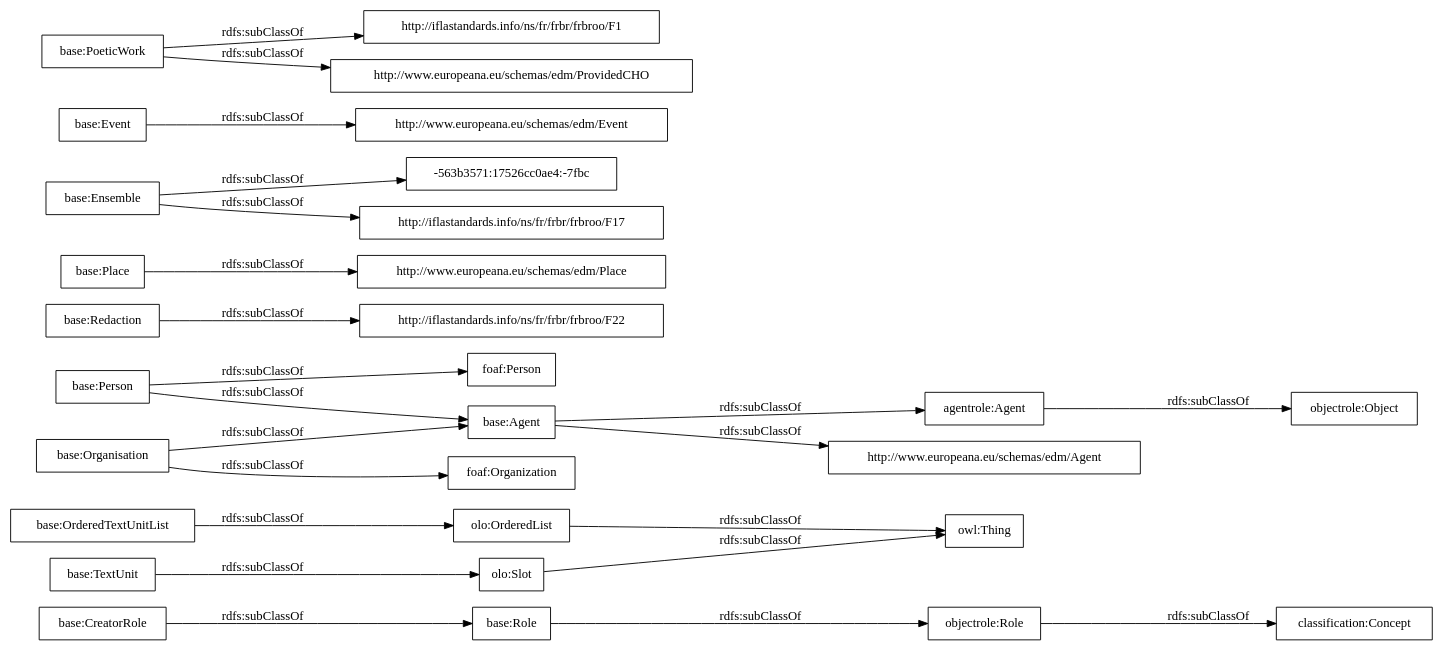
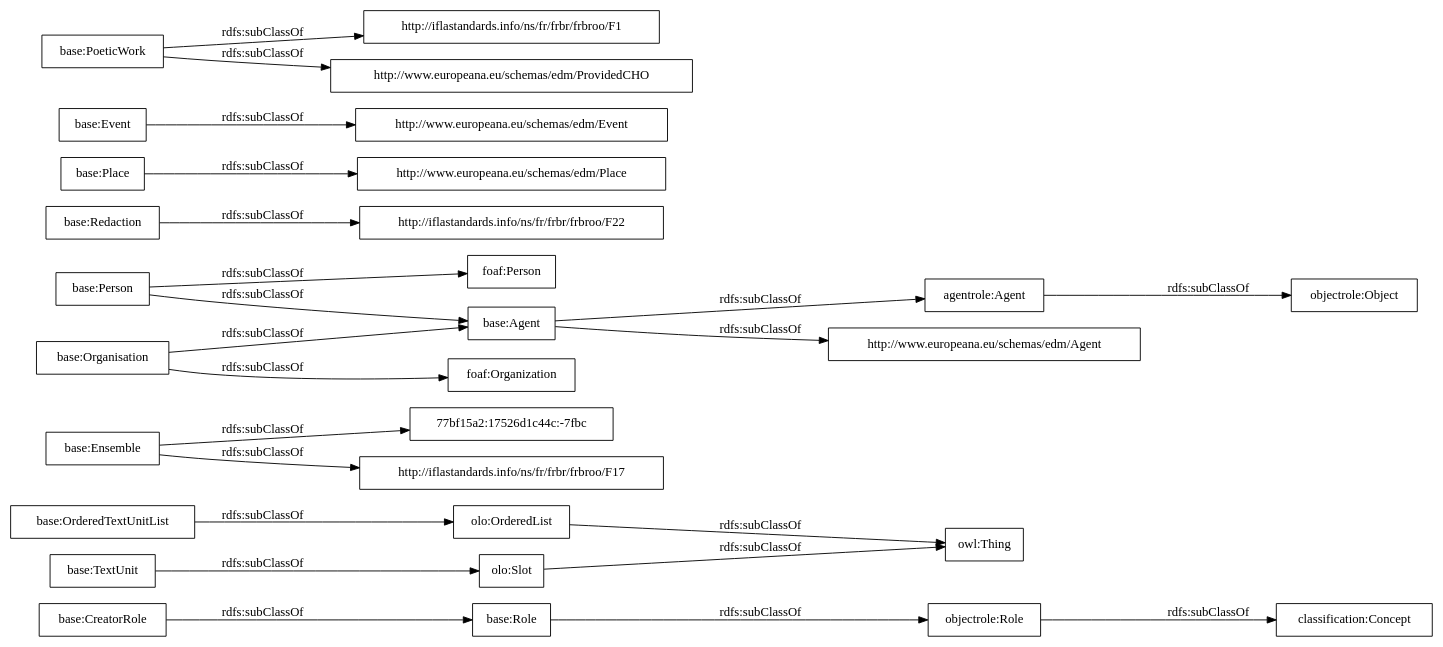
One commit to OnToologyUser/core-ontology-1 changed the diagram in OnToology/postdata-core.owl/diagrams/ar2dtool-taxonomy/postdata-core.owl.png.dot. Above: the diagram before and after it, drawn with Graphviz. The commit also changed 14 other files, not shown here.

```diff
--- a/OnToology/postdata-core.owl/diagrams/ar2dtool-taxonomy/postdata-core.owl.png.dot
+++ b/OnToology/postdata-core.owl/diagrams/ar2dtool-taxonomy/postdata-core.owl.png.dot
@@ -1,27 +1,27 @@
 digraph ar2dtool_diagram { 
 rankdir=LR;
 size="1000"
-node [shape = rectangle, color="black"]; "base:Role" "base:OrderedTextUnitList" "agentrole:Agent" "http://iflastandards.info/ns/fr/frbr/frbroo/F22" "http://www.europeana.eu/schemas/edm/Agent" "base:Agent" "base:CreatorRole" "base:Person" "base:Organisation" "http://www.europeana.eu/schemas/edm/Place" "base:Redaction" "-563b3571:17526cc0ae4:-7fbc" "base:Ensemble" "foaf:Person" "http://www.europeana.eu/schemas/edm/Event" "base:TextUnit" "http://iflastandards.info/ns/fr/frbr/frbroo/F1" "foaf:Organization" "http://www.europeana.eu/schemas/edm/ProvidedCHO" "base:Place" "base:Event" "base:PoeticWork" "http://iflastandards.info/ns/fr/frbr/frbroo/F17" "owl:Thing" "objectrole:Role" "objectrole:Object" "olo:Slot" "olo:OrderedList" "classification:Concept" ; /*classes style*/
+node [shape = rectangle, color="black"]; "base:Role" "base:OrderedTextUnitList" "77bf15a2:17526d1c44c:-7fbc" "agentrole:Agent" "http://iflastandards.info/ns/fr/frbr/frbroo/F22" "http://www.europeana.eu/schemas/edm/Agent" "base:Agent" "base:CreatorRole" "base:Person" "base:Organisation" "http://www.europeana.eu/schemas/edm/Place" "base:Redaction" "base:Ensemble" "foaf:Person" "http://www.europeana.eu/schemas/edm/Event" "base:TextUnit" "http://iflastandards.info/ns/fr/frbr/frbroo/F1" "foaf:Organization" "http://www.europeana.eu/schemas/edm/ProvidedCHO" "base:Place" "base:Event" "base:PoeticWork" "http://iflastandards.info/ns/fr/frbr/frbroo/F17" "owl:Thing" "objectrole:Role" "objectrole:Object" "olo:Slot" "olo:OrderedList" "classification:Concept" ; /*classes style*/
 	"base:Redaction" -> "http://iflastandards.info/ns/fr/frbr/frbroo/F22" [ label = "rdfs:subClassOf" ];
 	"base:Role" -> "objectrole:Role" [ label = "rdfs:subClassOf" ];
 	"base:Event" -> "http://www.europeana.eu/schemas/edm/Event" [ label = "rdfs:subClassOf" ];
 	"base:Person" -> "foaf:Person" [ label = "rdfs:subClassOf" ];
 	"base:Person" -> "base:Agent" [ label = "rdfs:subClassOf" ];
 	"olo:OrderedList" -> "owl:Thing" [ label = "rdfs:subClassOf" ];
 	"olo:Slot" -> "owl:Thing" [ label = "rdfs:subClassOf" ];
 	"base:PoeticWork" -> "http://www.europeana.eu/schemas/edm/ProvidedCHO" [ label = "rdfs:subClassOf" ];
 	"base:PoeticWork" -> "http://iflastandards.info/ns/fr/frbr/frbroo/F1" [ label = "rdfs:subClassOf" ];
 	"base:TextUnit" -> "olo:Slot" [ label = "rdfs:subClassOf" ];
 	"agentrole:Agent" -> "objectrole:Object" [ label = "rdfs:subClassOf" ];
-	"base:Ensemble" -> "-563b3571:17526cc0ae4:-7fbc" [ label = "rdfs:subClassOf" ];
+	"base:Ensemble" -> "77bf15a2:17526d1c44c:-7fbc" [ label = "rdfs:subClassOf" ];
 	"base:Ensemble" -> "http://iflastandards.info/ns/fr/frbr/frbroo/F17" [ label = "rdfs:subClassOf" ];
 	"base:OrderedTextUnitList" -> "olo:OrderedList" [ label = "rdfs:subClassOf" ];
 	"base:Agent" -> "agentrole:Agent" [ label = "rdfs:subClassOf" ];
 	"base:Agent" -> "http://www.europeana.eu/schemas/edm/Agent" [ label = "rdfs:subClassOf" ];
 	"objectrole:Role" -> "classification:Concept" [ label = "rdfs:subClassOf" ];
 	"base:Place" -> "http://www.europeana.eu/schemas/edm/Place" [ label = "rdfs:subClassOf" ];
 	"base:Organisation" -> "foaf:Organization" [ label = "rdfs:subClassOf" ];
 	"base:Organisation" -> "base:Agent" [ label = "rdfs:subClassOf" ];
 	"base:CreatorRole" -> "base:Role" [ label = "rdfs:subClassOf" ];
 
 }
```
